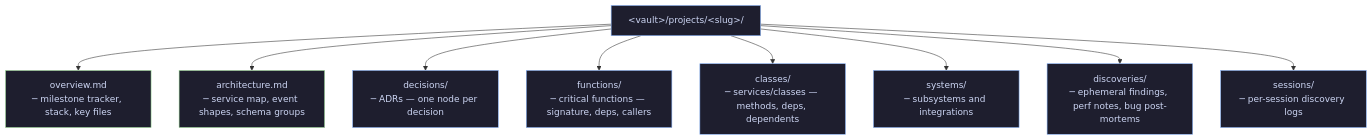
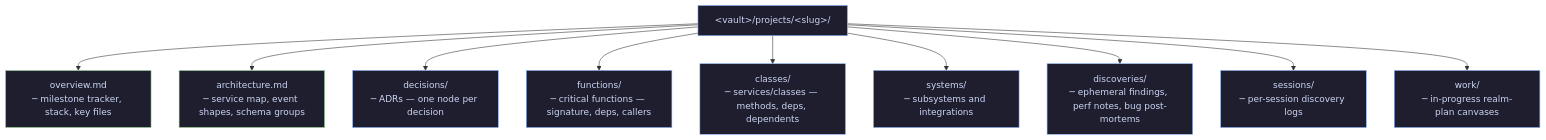
Before and after one commit to blackmo18/realm: the ninth of 11 diagrams in VISUALS.md, drawn with Mermaid. The commit also changed other lines of this file and 1 other file, not shown here.

First line of the commit message:
docs: add realm-plan visuals and phase token-cost warnings

````diff
--- a/VISUALS.md
+++ b/VISUALS.md
@@ -129,16 +192,17 @@
 ```mermaid
 graph TD
     ROOT["&lt;vault&gt;/projects/&lt;slug&gt;/"]:::dir
 
     ROOT --> OV["overview.md\n─ milestone tracker, stack, key files"]:::node
     ROOT --> AR["architecture.md\n─ service map, event shapes, schema groups"]:::node
     ROOT --> DE["decisions/\n─ ADRs — one node per decision"]:::dir
     ROOT --> FN["functions/\n─ critical functions — signature, deps, callers"]:::dir
     ROOT --> CL["classes/\n─ services/classes — methods, deps, dependents"]:::dir
     ROOT --> SY["systems/\n─ subsystems and integrations"]:::dir
     ROOT --> DI["discoveries/\n─ ephemeral findings, perf notes, bug post-mortems"]:::dir
     ROOT --> SE["sessions/\n─ per-session discovery logs"]:::dir
+    ROOT --> WK["work/\n─ in-progress realm-plan canvases"]:::dir
 
     classDef dir  fill:#1e1e2e,stroke:#89b4fa,color:#cdd6f4
     classDef node fill:#1e1e2e,stroke:#a6e3a1,color:#cdd6f4
 ```
````
